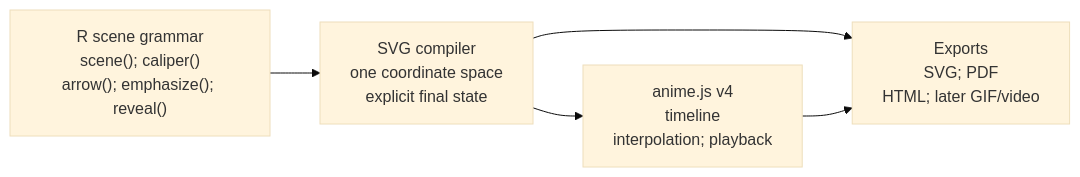
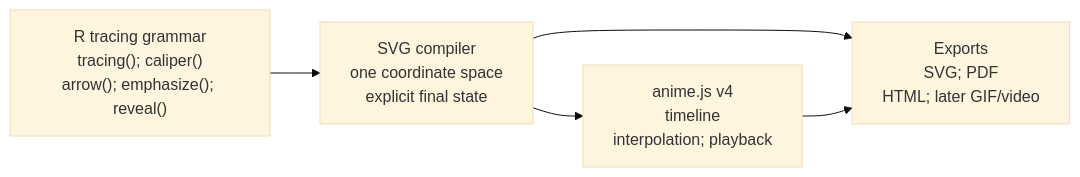
The fifth of 5 diagrams in vignettes/design.qmd (shah-in-boots/ggm), drawn with Mermaid (base theme) before and after one commit. The commit also changed other lines of this file and 45 other files, not shown here.

````diff
--- a/vignettes/design.qmd
+++ b/vignettes/design.qmd
@@ -294,13 +299,13 @@
 ```{mermaid}
 %%| label: presentation-map
 flowchart LR
-    SceneGrammar["R scene grammar<br/>scene(); caliper()<br/>arrow(); emphasize(); reveal()"]:::planned
+    TracingGrammar["R tracing grammar<br/>tracing(); caliper()<br/>arrow(); emphasize(); reveal()"]:::planned
     SvgCompiler["SVG compiler<br/>one coordinate space<br/>explicit final state"]:::planned
     AnimeJs["anime.js v4<br/>timeline<br/>interpolation; playback"]:::planned
     Exports["Exports<br/>SVG; PDF<br/>HTML; later GIF/video"]:::planned
 
-    SceneGrammar --> SvgCompiler
+    TracingGrammar --> SvgCompiler
     SvgCompiler --> AnimeJs
     SvgCompiler --> Exports
     AnimeJs --> Exports
 ```
````
